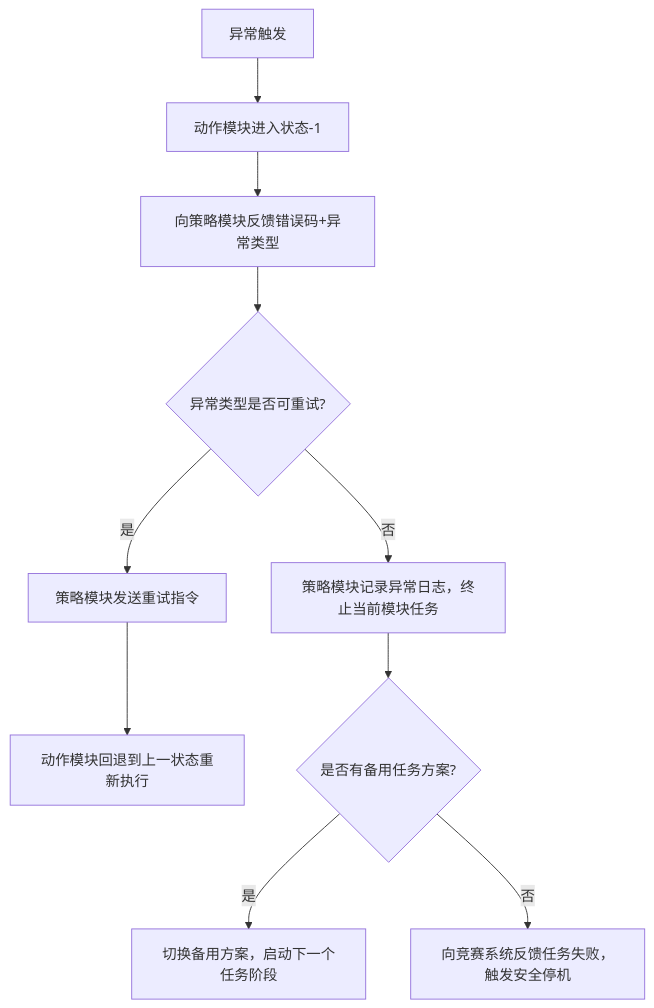
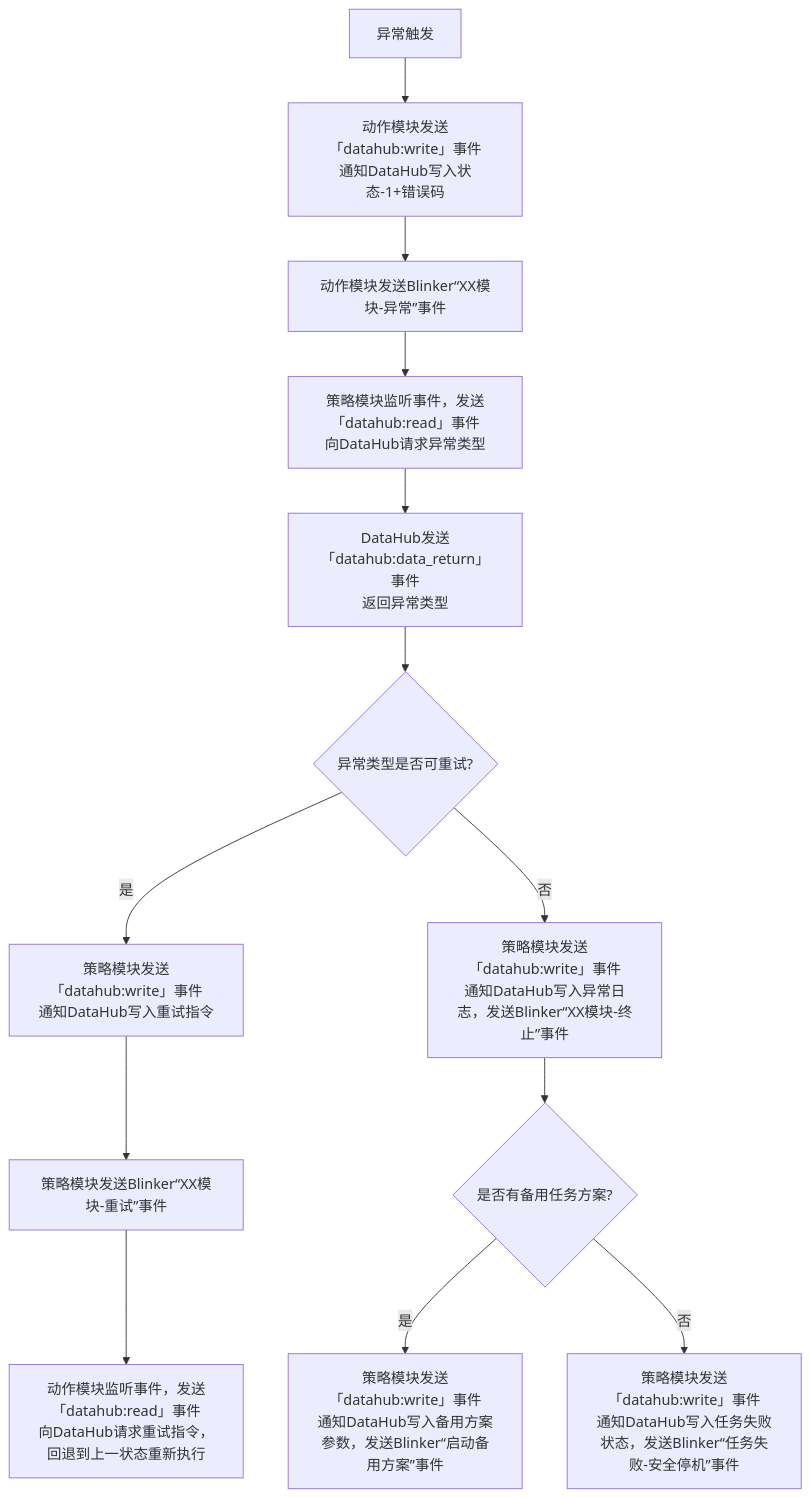
One commit to RaymondzyLei/robogame changed the third of 3 diagrams in doc.md. Above: the diagram before and after it, drawn with Mermaid. The commit also changed other lines of this file and 42 other files, not shown here.

````diff
--- a/doc.md
+++ b/doc.md
@@ -135,12 +185,15 @@
 ```mermaid
 graph TD
-    A[异常触发] --> B[动作模块进入状态-1]
-    B --> C[向策略模块反馈错误码+异常类型]
-    C --> D{异常类型是否可重试?}
-    D -->|是| E[策略模块发送重试指令]
-    E --> F[动作模块回退到上一状态重新执行]
-    D -->|否| G[策略模块记录异常日志，终止当前模块任务]
-    G --> H{是否有备用任务方案?}
-    H -->|是| I[切换备用方案，启动下一个任务阶段]
-    H -->|否| J[向竞赛系统反馈任务失败，触发安全停机]
+    A[异常触发] --> B[动作模块发送「datahub:write」事件<br/>通知DataHub写入状态-1+错误码]
+    B --> C[动作模块发送Blinker“XX模块-异常”事件]
+    C --> D[策略模块监听事件，发送「datahub:read」事件<br/>向DataHub请求异常类型]
+    D --> E[DataHub发送「datahub:data_return」事件<br/>返回异常类型]
+    E --> F{异常类型是否可重试?}
+    F -->|是| G[策略模块发送「datahub:write」事件<br/>通知DataHub写入重试指令]
+    G --> H[策略模块发送Blinker“XX模块-重试”事件]
+    H --> I[动作模块监听事件，发送「datahub:read」事件<br/>向DataHub请求重试指令，回退到上一状态重新执行]
+    F -->|否| J[策略模块发送「datahub:write」事件<br/>通知DataHub写入异常日志，发送Blinker“XX模块-终止”事件]
+    J --> K{是否有备用任务方案?}
+    K -->|是| L[策略模块发送「datahub:write」事件<br/>通知DataHub写入备用方案参数，发送Blinker“启动备用方案”事件]
+    K -->|否| M[策略模块发送「datahub:write」事件<br/>通知DataHub写入任务失败状态，发送Blinker“任务失败-安全停机”事件]
 ```
````
